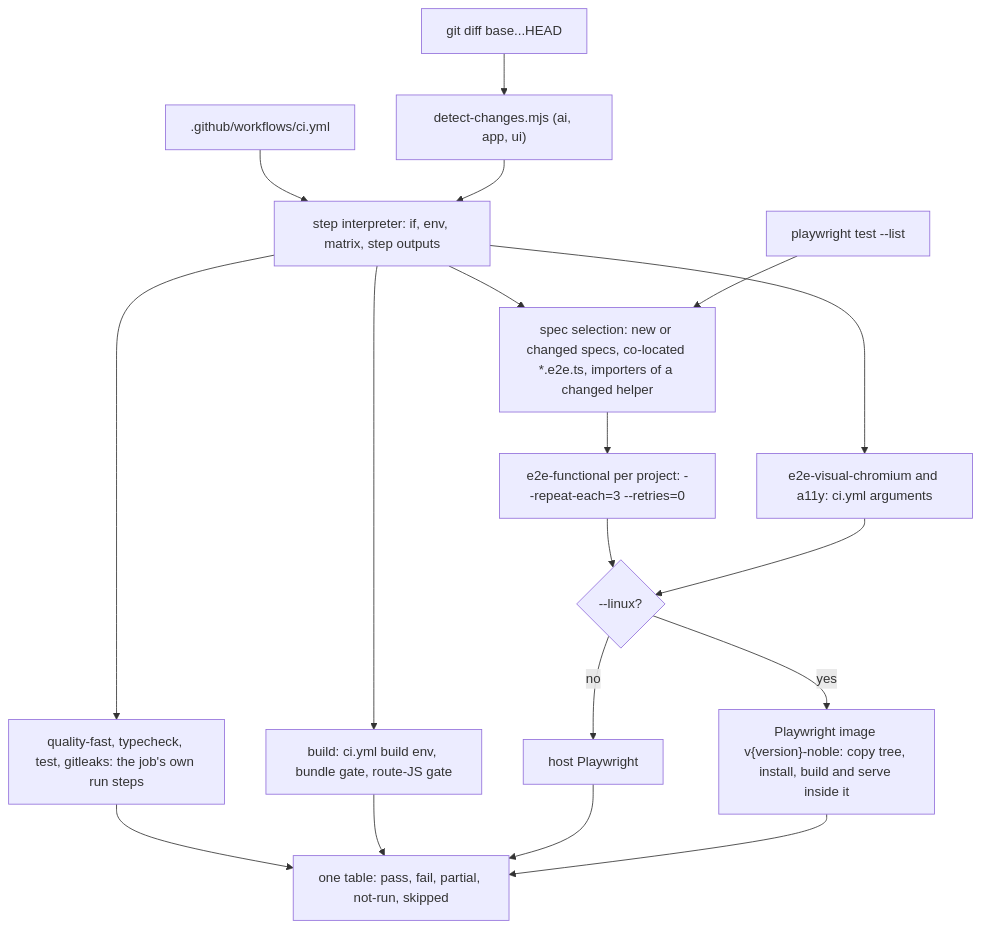
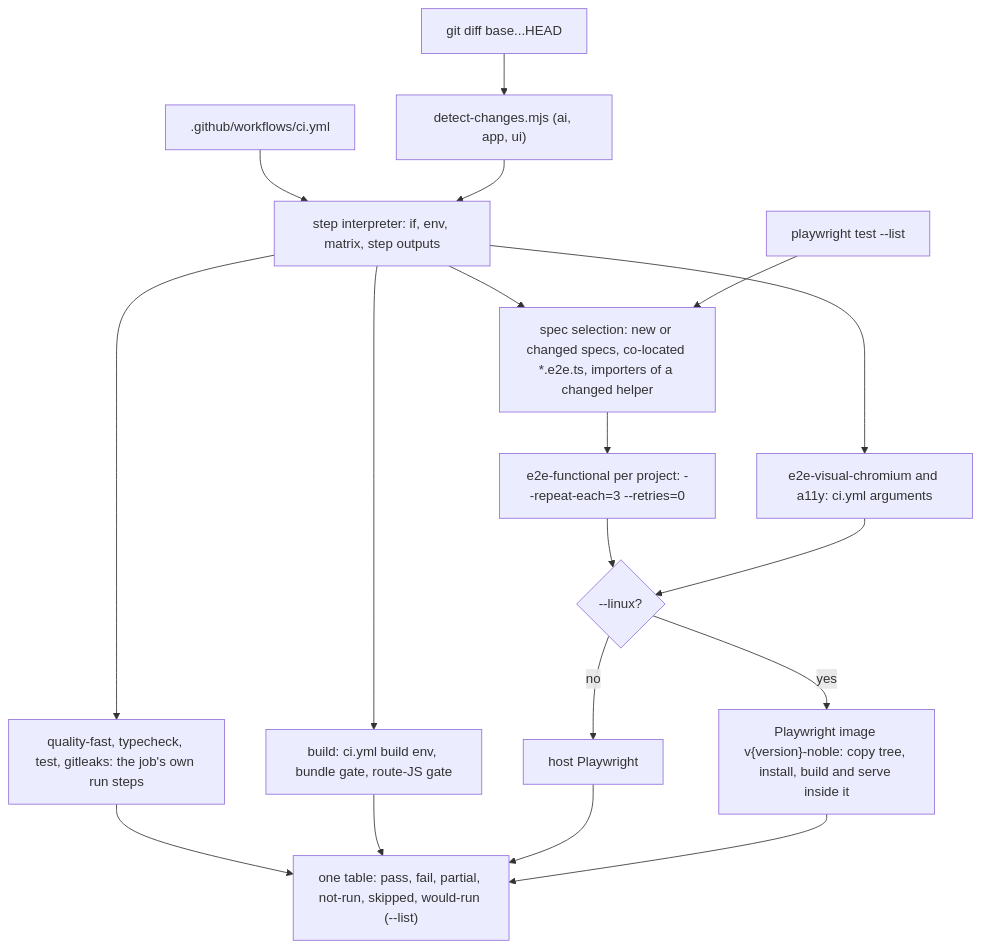
One commit to erikunha/portfolio changed the first of 4 diagrams in docs/07-workflows.md. Above: the diagram before and after it, drawn with Mermaid. The commit also changed other lines of this file and 19 other files, not shown here.

````diff
--- a/docs/07-workflows.md
+++ b/docs/07-workflows.md
@@ -58,20 +58,20 @@
 ```mermaid
 flowchart TD
     git["git diff base...HEAD"] --> dc["detect-changes.mjs (ai, app, ui)"]
     yml[".github/workflows/ci.yml"] --> eng["step interpreter: if, env, matrix, step outputs"]
     dc --> eng
     eng --> st["quality-fast, typecheck, test, gitleaks: the job's own run steps"]
     eng --> bd["build: ci.yml build env, bundle gate, route-JS gate"]
     eng --> sel["spec selection: new or changed specs, co-located *.e2e.ts, importers of a changed helper"]
     pw["playwright test --list"] --> sel
     sel --> e2e["e2e-functional per project: --repeat-each=3 --retries=0"]
     eng --> vis["e2e-visual-chromium and a11y: ci.yml arguments"]
     e2e --> lx{"--linux?"}
     vis --> lx
     lx -->|no| nat["host Playwright"]
     lx -->|yes| img["Playwright image v{version}-noble: copy tree, install, build and serve inside it"]
-    st --> tbl["one table: pass, fail, partial, not-run, skipped"]
+    st --> tbl["one table: pass, fail, partial, not-run, skipped, would-run (--list)"]
     bd --> tbl
     nat --> tbl
     img --> tbl
 ```
````
